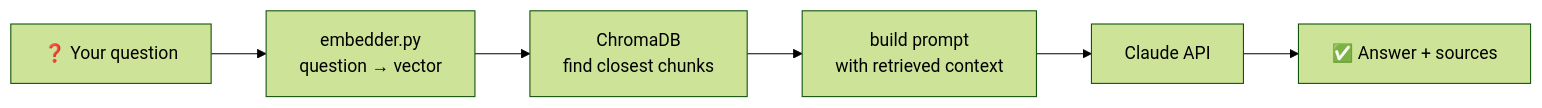
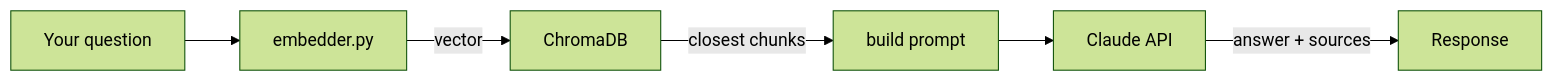
The third of 4 diagrams in README.md (httpmonish/DOCUMIND), drawn with Mermaid (forest theme) before and after one commit. The commit also changed other lines of this file, not shown here.

Commit message:
Fix the colliding diagram

````diff
--- a/README.md
+++ b/README.md
@@ -63,8 +63,8 @@
 ```mermaid
 flowchart LR
-    Q["❓ Your question"] --> E1["embedder.py<br/>question → vector"]
-    E1 --> S["ChromaDB<br/>find closest chunks"]
-    S --> P["build prompt<br/>with retrieved context"]
-    P --> C["Claude API"]
-    C --> A["✅ Answer + sources"]
+    Q[Your question] --> M[embedder.py]
+    M -->|vector| S[ChromaDB]
+    S -->|closest chunks| P[build prompt]
+    P --> C[Claude API]
+    C -->|answer + sources| R[Response]
 ```
````
